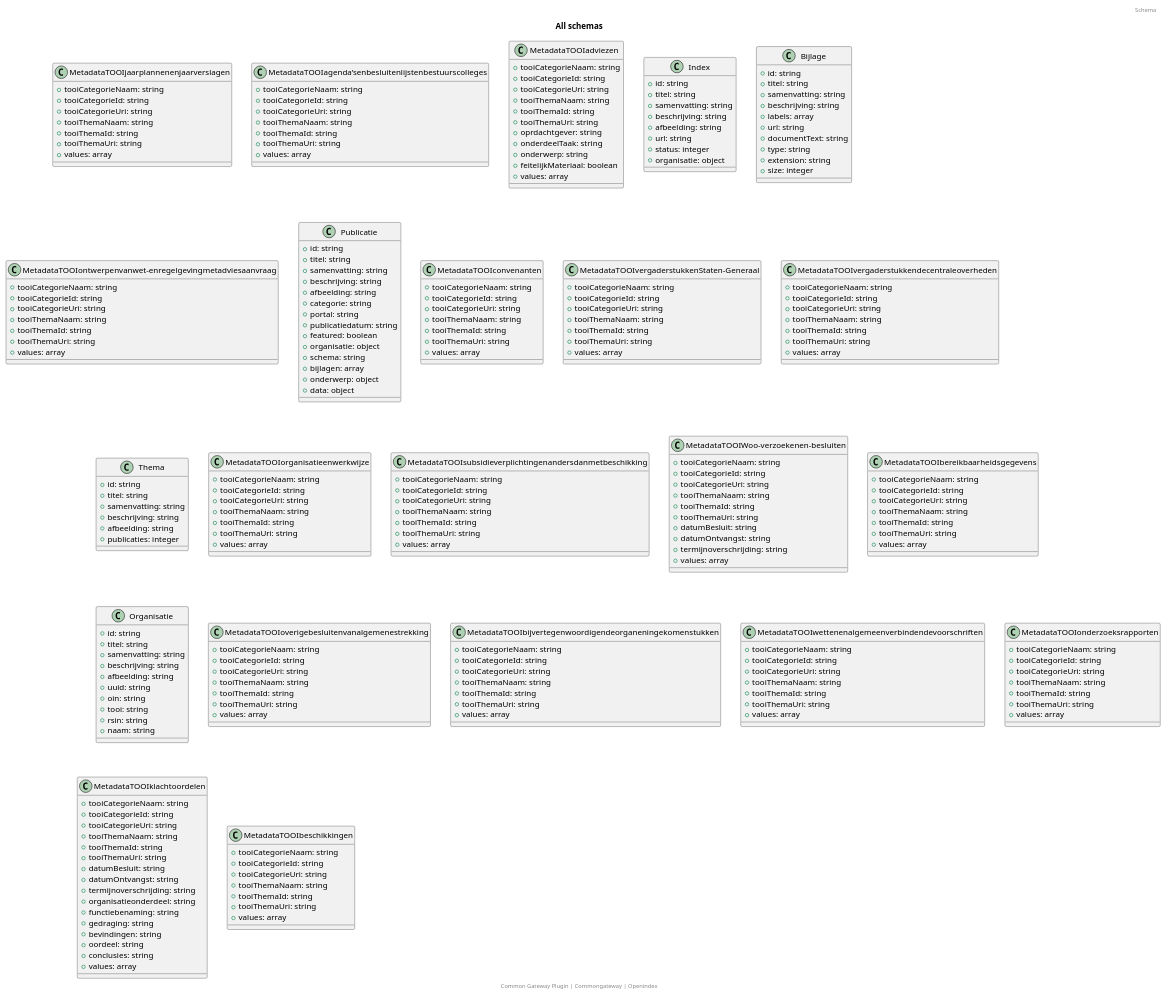
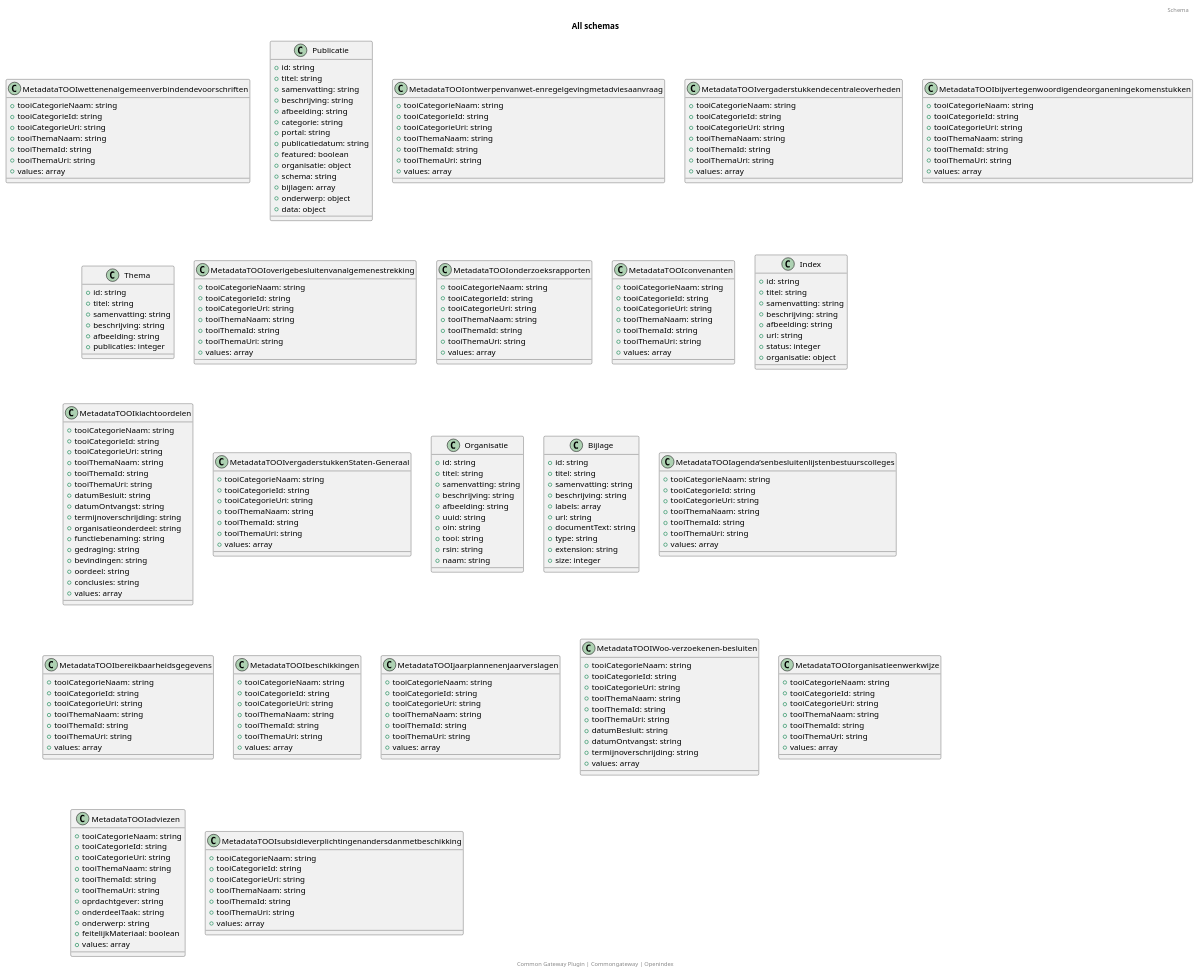
One commit to CommonGateway/OpenIndex changed the diagram in docs/schema/all_schema_classes.puml. Above: the diagram before and after it, drawn with PlantUML. The commit also changed other lines of this file and 45 other files, not shown here.

```diff
--- a/docs/schema/all_schema_classes.puml
+++ b/docs/schema/all_schema_classes.puml
@@ -2,60 +2,7 @@
 title: All schemas
 footer: Common Gateway Plugin | Commongateway | Openindex 
 header: Schema
-class MetadataTOOIjaarplannenenjaarverslagen {
-  + tooiCategorieNaam: string
-  + tooiCategorieId: string
-  + tooiCategorieUri: string
-  + tooiThemaNaam: string
-  + tooiThemaId: string
-  + tooiThemaUri: string
-  + values: array
-}
-class MetadataTOOIagenda’senbesluitenlijstenbestuurscolleges {
-  + tooiCategorieNaam: string
-  + tooiCategorieId: string
-  + tooiCategorieUri: string
-  + tooiThemaNaam: string
-  + tooiThemaId: string
-  + tooiThemaUri: string
-  + values: array
-}
-class MetadataTOOIadviezen {
-  + tooiCategorieNaam: string
-  + tooiCategorieId: string
-  + tooiCategorieUri: string
-  + tooiThemaNaam: string
-  + tooiThemaId: string
-  + tooiThemaUri: string
-  + oprdachtgever: string
-  + onderdeelTaak: string
-  + onderwerp: string
-  + feitelijkMateriaal: boolean
-  + values: array
-}
-class Index {
-  + id: string
-  + titel: string
-  + samenvatting: string
-  + beschrijving: string
-  + afbeelding: string
-  + url: string
-  + status: integer
-  + organisatie: object
-}
-class Bijlage {
-  + id: string
-  + titel: string
-  + samenvatting: string
-  + beschrijving: string
-  + labels: array
-  + url: string
-  + documentText: string
-  + type: string
-  + extension: string
-  + size: integer
-}
-class MetadataTOOIontwerpenvanwet-enregelgevingmetadviesaanvraag {
+class MetadataTOOIwettenenalgemeenverbindendevoorschriften {
   + tooiCategorieNaam: string
   + tooiCategorieId: string
   + tooiCategorieUri: string
@@ -80,16 +27,7 @@
   + onderwerp: object
   + data: object
 }
-class MetadataTOOIconvenanten {
-  + tooiCategorieNaam: string
-  + tooiCategorieId: string
-  + tooiCategorieUri: string
-  + tooiThemaNaam: string
-  + tooiThemaId: string
-  + tooiThemaUri: string
-  + values: array
-}
-class MetadataTOOIvergaderstukkenStaten-Generaal {
+class MetadataTOOIontwerpenvanwet-enregelgevingmetadviesaanvraag {
   + tooiCategorieNaam: string
   + tooiCategorieId: string
   + tooiCategorieUri: string
@@ -107,6 +45,15 @@
   + tooiThemaUri: string
   + values: array
 }
+class MetadataTOOIbijvertegenwoordigendeorganeningekomenstukken {
+  + tooiCategorieNaam: string
+  + tooiCategorieId: string
+  + tooiCategorieUri: string
+  + tooiThemaNaam: string
+  + tooiThemaId: string
+  + tooiThemaUri: string
+  + values: array
+}
 class Thema {
   + id: string
   + titel: string
@@ -115,7 +62,7 @@
   + afbeelding: string
   + publicaties: integer
 }
-class MetadataTOOIorganisatieenwerkwijze {
+class MetadataTOOIoverigebesluitenvanalgemenestrekking {
   + tooiCategorieNaam: string
   + tooiCategorieId: string
   + tooiCategorieUri: string
@@ -124,7 +71,113 @@
   + tooiThemaUri: string
   + values: array
 }
-class MetadataTOOIsubsidieverplichtingenandersdanmetbeschikking {
+class MetadataTOOIonderzoeksrapporten {
+  + tooiCategorieNaam: string
+  + tooiCategorieId: string
+  + tooiCategorieUri: string
+  + tooiThemaNaam: string
+  + tooiThemaId: string
+  + tooiThemaUri: string
+  + values: array
+}
+class MetadataTOOIconvenanten {
+  + tooiCategorieNaam: string
+  + tooiCategorieId: string
+  + tooiCategorieUri: string
+  + tooiThemaNaam: string
+  + tooiThemaId: string
+  + tooiThemaUri: string
+  + values: array
+}
+class Index {
+  + id: string
+  + titel: string
+  + samenvatting: string
+  + beschrijving: string
+  + afbeelding: string
+  + url: string
+  + status: integer
+  + organisatie: object
+}
+class MetadataTOOIklachtoordelen {
+  + tooiCategorieNaam: string
+  + tooiCategorieId: string
+  + tooiCategorieUri: string
+  + tooiThemaNaam: string
+  + tooiThemaId: string
+  + tooiThemaUri: string
+  + datumBesluit: string
+  + datumOntvangst: string
+  + termijnoverschrijding: string
+  + organisatieonderdeel: string
+  + functiebenaming: string
+  + gedraging: string
+  + bevindingen: string
+  + oordeel: string
+  + conclusies: string
+  + values: array
+}
+class MetadataTOOIvergaderstukkenStaten-Generaal {
+  + tooiCategorieNaam: string
+  + tooiCategorieId: string
+  + tooiCategorieUri: string
+  + tooiThemaNaam: string
+  + tooiThemaId: string
+  + tooiThemaUri: string
+  + values: array
+}
+class Organisatie {
+  + id: string
+  + titel: string
+  + samenvatting: string
+  + beschrijving: string
+  + afbeelding: string
+  + uuid: string
+  + oin: string
+  + tooi: string
+  + rsin: string
+  + naam: string
+}
+class Bijlage {
+  + id: string
+  + titel: string
+  + samenvatting: string
+  + beschrijving: string
+  + labels: array
+  + url: string
+  + documentText: string
+  + type: string
+  + extension: string
+  + size: integer
+}
+class MetadataTOOIagenda’senbesluitenlijstenbestuurscolleges {
+  + tooiCategorieNaam: string
+  + tooiCategorieId: string
+  + tooiCategorieUri: string
+  + tooiThemaNaam: string
+  + tooiThemaId: string
+  + tooiThemaUri: string
+  + values: array
+}
+class MetadataTOOIbereikbaarheidsgegevens {
+  + tooiCategorieNaam: string
+  + tooiCategorieId: string
+  + tooiCategorieUri: string
+  + tooiThemaNaam: string
+  + tooiThemaId: string
+  + tooiThemaUri: string
+  + values: array
+}
+class MetadataTOOIbeschikkingen {
+  + tooiCategorieNaam: string
+  + tooiCategorieId: string
+  + tooiCategorieUri: string
+  + tooiThemaNaam: string
+  + tooiThemaId: string
+  + tooiThemaUri: string
+  + values: array
+}
+class MetadataTOOIjaarplannenenjaarverslagen {
   + tooiCategorieNaam: string
   + tooiCategorieId: string
   + tooiCategorieUri: string
@@ -145,7 +198,7 @@
   + termijnoverschrijding: string
   + values: array
 }
-class MetadataTOOIbereikbaarheidsgegevens {
+class MetadataTOOIorganisatieenwerkwijze {
   + tooiCategorieNaam: string
   + tooiCategorieId: string
   + tooiCategorieUri: string
@@ -154,73 +207,20 @@
   + tooiThemaUri: string
   + values: array
 }
-class Organisatie {
-  + id: string
-  + titel: string
-  + samenvatting: string
-  + beschrijving: string
-  + afbeelding: string
-  + uuid: string
-  + oin: string
-  + tooi: string
-  + rsin: string
-  + naam: string
-}
-class MetadataTOOIoverigebesluitenvanalgemenestrekking {
+class MetadataTOOIadviezen {
   + tooiCategorieNaam: string
   + tooiCategorieId: string
   + tooiCategorieUri: string
   + tooiThemaNaam: string
   + tooiThemaId: string
   + tooiThemaUri: string
+  + oprdachtgever: string
+  + onderdeelTaak: string
+  + onderwerp: string
+  + feitelijkMateriaal: boolean
   + values: array
 }
-class MetadataTOOIbijvertegenwoordigendeorganeningekomenstukken {
-  + tooiCategorieNaam: string
-  + tooiCategorieId: string
-  + tooiCategorieUri: string
-  + tooiThemaNaam: string
-  + tooiThemaId: string
-  + tooiThemaUri: string
-  + values: array
-}
-class MetadataTOOIwettenenalgemeenverbindendevoorschriften {
-  + tooiCategorieNaam: string
-  + tooiCategorieId: string
-  + tooiCategorieUri: string
-  + tooiThemaNaam: string
-  + tooiThemaId: string
-  + tooiThemaUri: string
-  + values: array
-}
-class MetadataTOOIonderzoeksrapporten {
-  + tooiCategorieNaam: string
-  + tooiCategorieId: string
-  + tooiCategorieUri: string
-  + tooiThemaNaam: string
-  + tooiThemaId: string
-  + tooiThemaUri: string
-  + values: array
-}
-class MetadataTOOIklachtoordelen {
-  + tooiCategorieNaam: string
-  + tooiCategorieId: string
-  + tooiCategorieUri: string
-  + tooiThemaNaam: string
-  + tooiThemaId: string
-  + tooiThemaUri: string
-  + datumBesluit: string
-  + datumOntvangst: string
-  + termijnoverschrijding: string
-  + organisatieonderdeel: string
-  + functiebenaming: string
-  + gedraging: string
-  + bevindingen: string
-  + oordeel: string
-  + conclusies: string
-  + values: array
-}
-class MetadataTOOIbeschikkingen {
+class MetadataTOOIsubsidieverplichtingenandersdanmetbeschikking {
   + tooiCategorieNaam: string
   + tooiCategorieId: string
   + tooiCategorieUri: string
```
